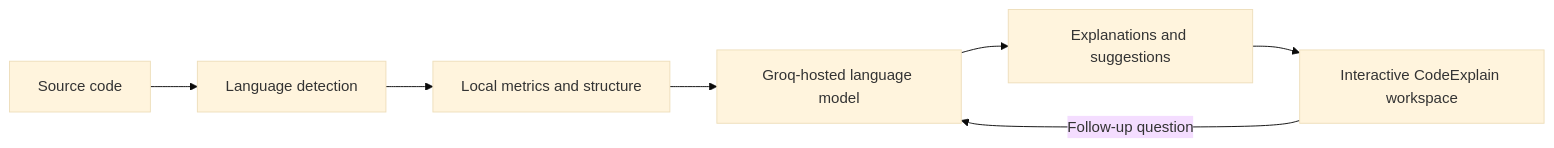
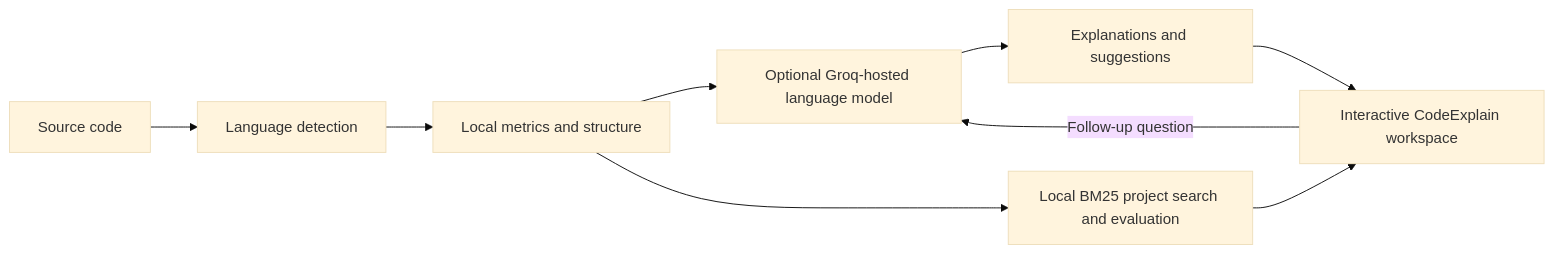
The diagram in README.md (srishtipandey1/codeexplain), drawn with Mermaid (base theme) before and after one commit. The commit also changed other lines of this file and 10 other files, not shown here.

````diff
--- a/README.md
+++ b/README.md
@@ -89,9 +90,11 @@
 ```mermaid
 flowchart LR
     A[Source code] --> B[Language detection]
     B --> C[Local metrics and structure]
-    C --> D[Groq-hosted language model]
+    C --> D[Optional Groq-hosted language model]
     D --> E[Explanations and suggestions]
+    C --> G[Local BM25 project search and evaluation]
     E --> F[Interactive CodeExplain workspace]
+    G --> F
     F -->|Follow-up question| D
 ```
````
